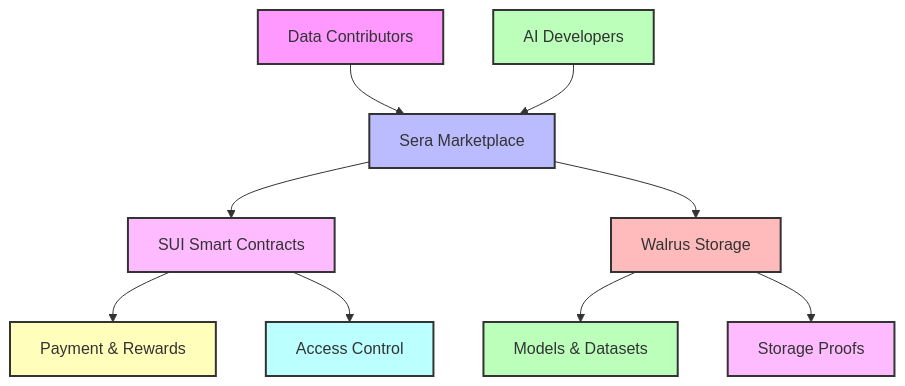
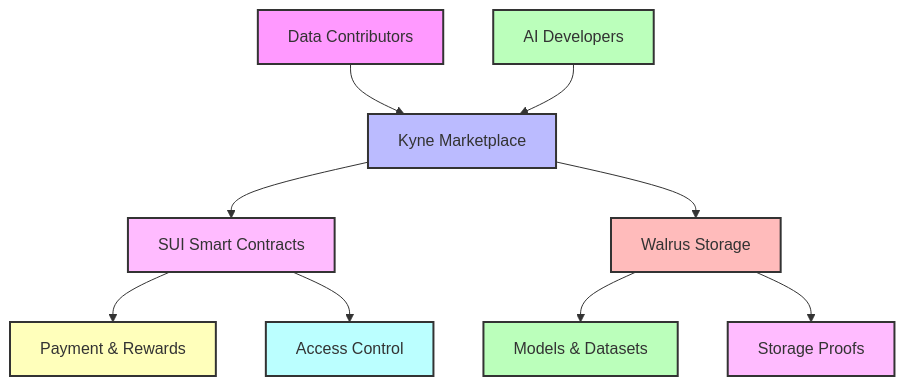
Before and after one commit to RivenLSCP/docs: the diagram in technical/architecture.mdx, drawn with Mermaid. The commit also changed other lines of this file and 12 other files, not shown here.

````diff
--- a/technical/architecture.mdx
+++ b/technical/architecture.mdx
@@ -34,21 +34,21 @@
 ```mermaid
 graph TD
-    A[Data Contributors] --> B[Sera Marketplace]
+    A[Data Contributors] --> B[Kyne Marketplace]
     C[AI Developers] --> B
     B --> D[SUI Smart Contracts]
     D --> E[Payment & Rewards]
     D --> F[Access Control]
     B --> G[Walrus Storage]
     G --> H[Models & Datasets]
     G --> I[Storage Proofs]
 
     style A fill:#f9f,stroke:#333,stroke-width:2px
     style B fill:#bbf,stroke:#333,stroke-width:2px 
     style C fill:#bfb,stroke:#333,stroke-width:2px
     style D fill:#fbf,stroke:#333,stroke-width:2px
     style E fill:#ffb,stroke:#333,stroke-width:2px
     style F fill:#bff,stroke:#333,stroke-width:2px
     style G fill:#fbb,stroke:#333,stroke-width:2px
     style H fill:#bfb,stroke:#333,stroke-width:2px
     style I fill:#fbf,stroke:#333,stroke-width:2px
 ```
````
